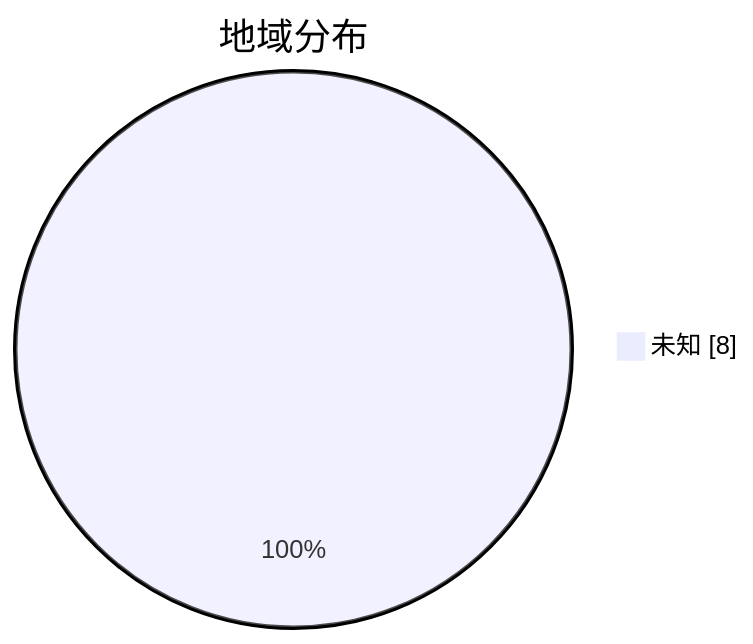
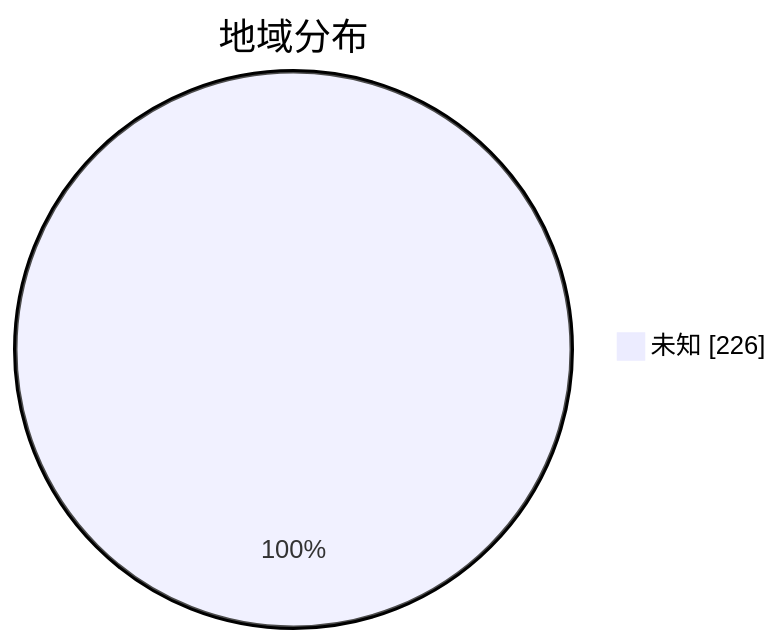
One commit to qjlxg/airport changed the second of 3 diagrams in subs/statistics/tested_within.md. Above: the diagram before and after it, drawn with Mermaid. The commit also changed other lines of this file and 2 other files, not shown here.

````diff
--- a/subs/statistics/tested_within.md
+++ b/subs/statistics/tested_within.md
@@ -8,5 +13,5 @@
 ```mermaid
 pie showData
 title 地域分布
-"未知" : 8
+"未知" : 226
 ```
````
